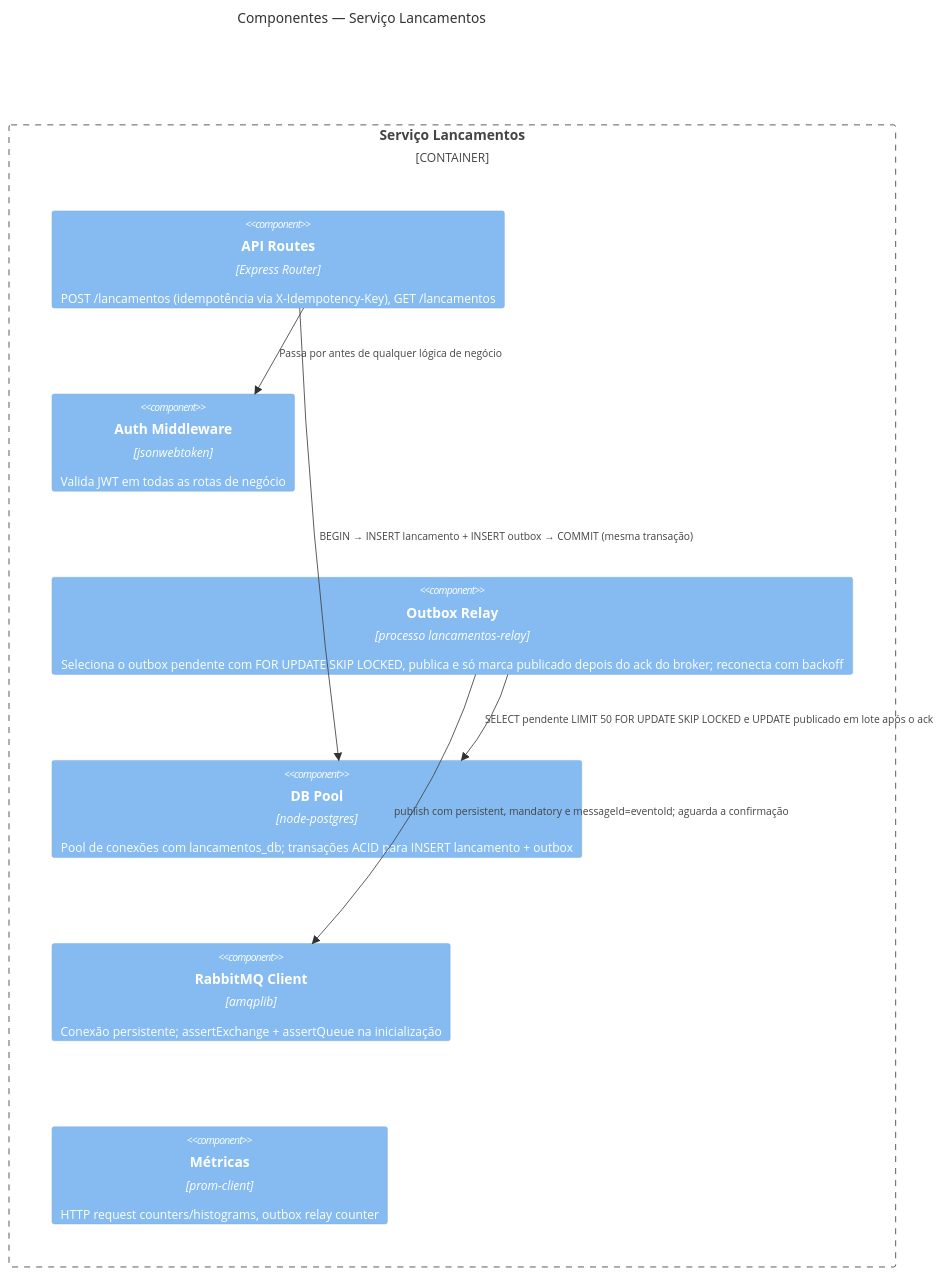
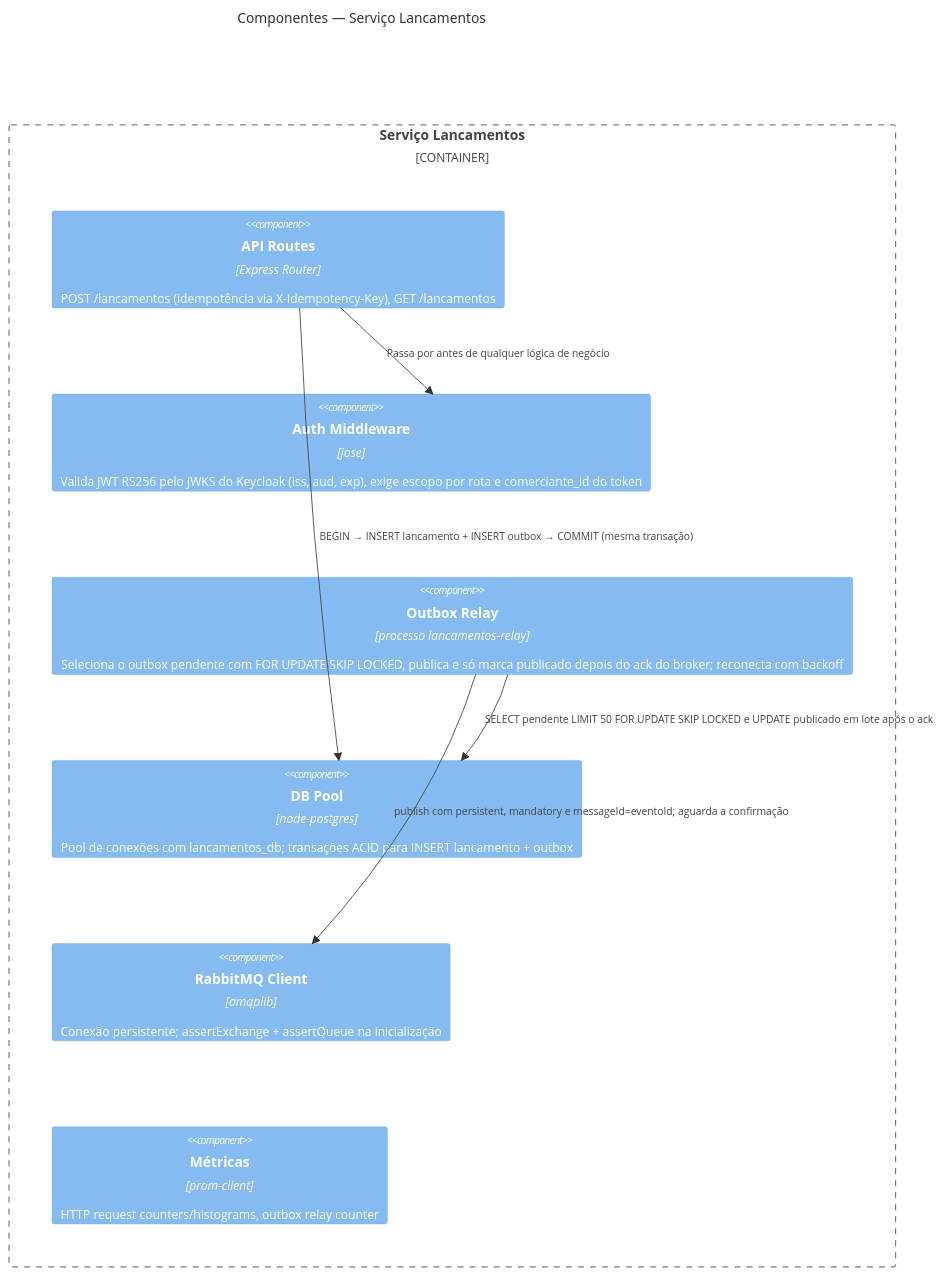
Before and after one commit to Matheussferreira/desafio-carrefour: the third of 6 diagrams in docs/arquitetura.md, drawn with Mermaid. The commit also changed other lines of this file and 5 other files, not shown here.

````diff
--- a/docs/arquitetura.md
+++ b/docs/arquitetura.md
@@ -47,18 +51,18 @@
 ```mermaid
 C4Component
     title Componentes — Serviço Lancamentos
 
     Container_Boundary(svc, "Serviço Lancamentos") {
         Component(api, "API Routes", "Express Router", "POST /lancamentos (idempotência via X-Idempotency-Key), GET /lancamentos")
-        Component(auth, "Auth Middleware", "jsonwebtoken", "Valida JWT em todas as rotas de negócio")
+        Component(auth, "Auth Middleware", "jose", "Valida JWT RS256 pelo JWKS do Keycloak (iss, aud, exp), exige escopo por rota e comerciante_id do token")
         Component(relay, "Outbox Relay", "processo lancamentos-relay", "Seleciona o outbox pendente com FOR UPDATE SKIP LOCKED, publica e só marca publicado depois do ack do broker; reconecta com backoff")
         Component(db, "DB Pool", "node-postgres", "Pool de conexões com lancamentos_db; transações ACID para INSERT lancamento + outbox")
         Component(rmq, "RabbitMQ Client", "amqplib", "Conexão persistente; assertExchange + assertQueue na inicialização")
         Component(metrics, "Métricas", "prom-client", "HTTP request counters/histograms, outbox relay counter")
     }
 
     Rel(api, auth, "Passa por antes de qualquer lógica de negócio")
     Rel(api, db, "BEGIN → INSERT lancamento + INSERT outbox → COMMIT (mesma transação)")
     Rel(relay, db, "SELECT pendente LIMIT 50 FOR UPDATE SKIP LOCKED e UPDATE publicado em lote após o ack")
     Rel(relay, rmq, "publish com persistent, mandatory e messageId=eventoId; aguarda a confirmação")
 ```
````
